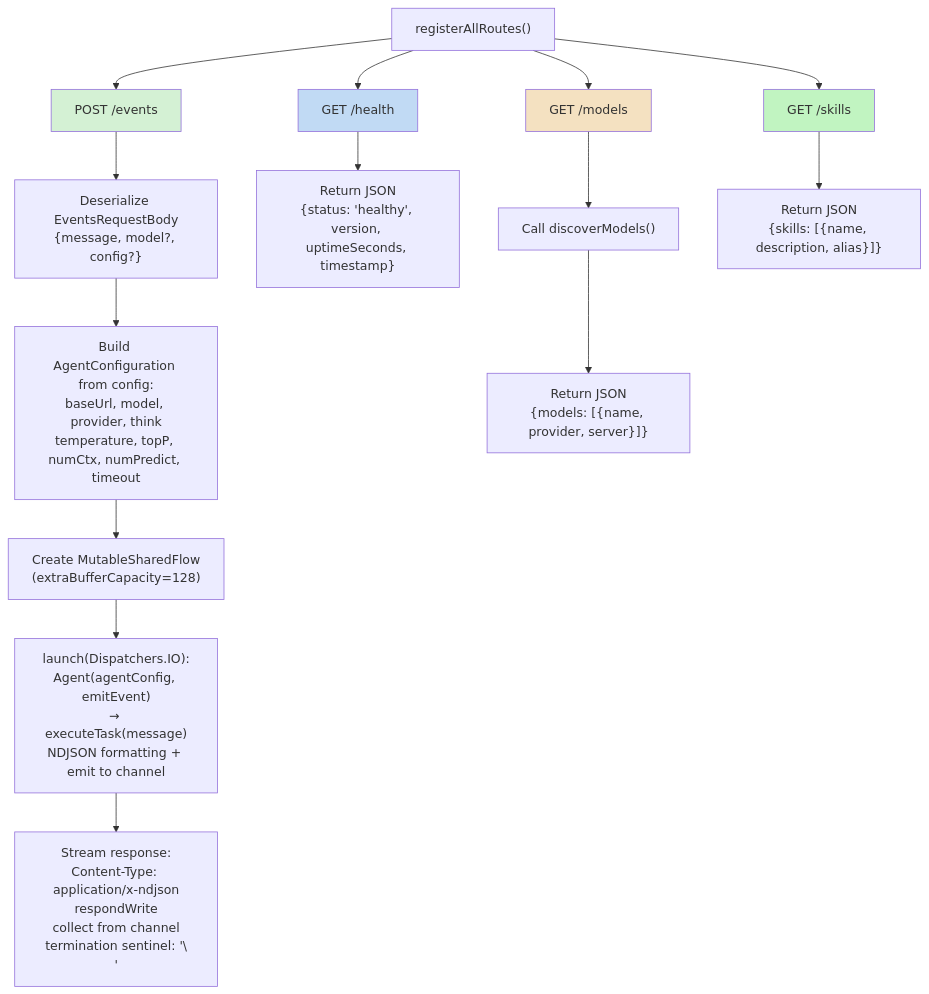
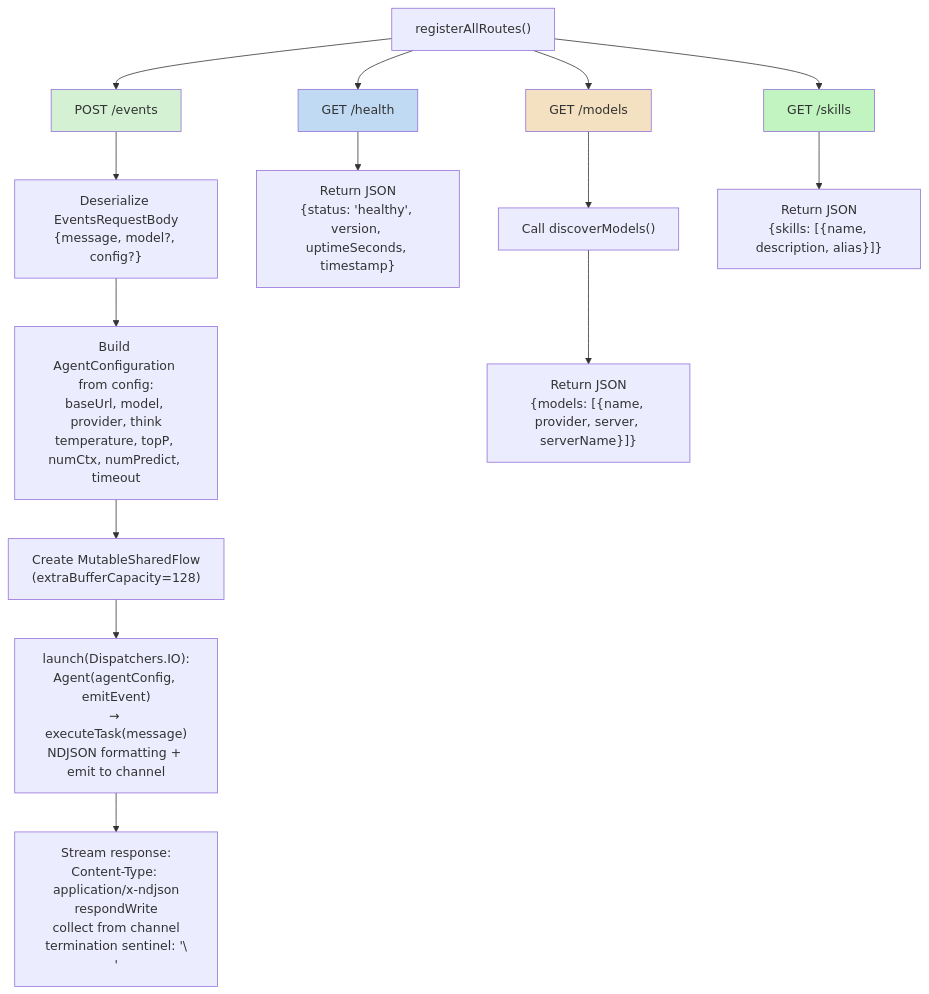
Before and after one commit to lg841226/Gradum: diagram 11 of 27 in docs/ARCHITECTURE.md, drawn with Mermaid. The commit also changed other lines of this file and 39 other files, not shown here.

````diff
--- a/docs/ARCHITECTURE.md
+++ b/docs/ARCHITECTURE.md
@@ -702,20 +702,20 @@
 ```mermaid
 flowchart TD
     R["registerAllRoutes()"] --> POST[POST /events]
     R --> GH[GET /health]
     R --> GM[GET /models]
     R --> GS[GET /skills]
     POST --> P1["Deserialize EventsRequestBody<br/>{message, model?, config?}"]
     P1 --> P2["Build AgentConfiguration from config:<br/>baseUrl, model, provider, think<br/>temperature, topP, numCtx, numPredict, timeout"]
     P2 --> P3["Create MutableSharedFlow<String><br/>(extraBufferCapacity=128)"]
     P3 --> P4["launch(Dispatchers.IO):<br/>Agent(agentConfig, emitEvent)<br/>→ executeTask(message)<br/>NDJSON formatting + emit to channel"]
     P4 --> P5["Stream response:<br/>Content-Type: application/x-ndjson<br/>respondWrite<br/>collect from channel<br/>termination sentinel: '\\n'"]
     GH --> H1["Return JSON<br/>{status: 'healthy', version, uptimeSeconds, timestamp}"]
     GM --> M1["Call discoverModels()"]
-    M1 --> M2["Return JSON<br/>{models: [{name, provider, server}]}"]
+    M1 --> M2["Return JSON<br/>{models: [{name, provider, server, serverName}]}"]
     GS --> S1["Return JSON<br/>{skills: [{name, description, alias}]}"]
     style POST fill: #d4f1d4
     style GH fill: #c1daf4
     style GM fill: #f4e1c1
     style GS fill: #c1f4c1
 ```
````
